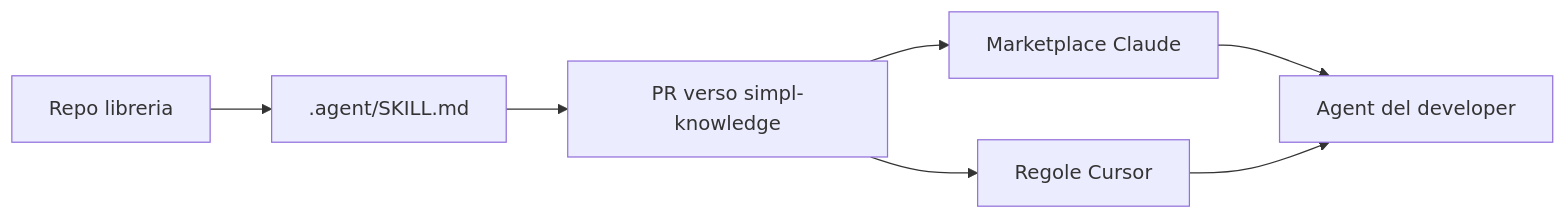
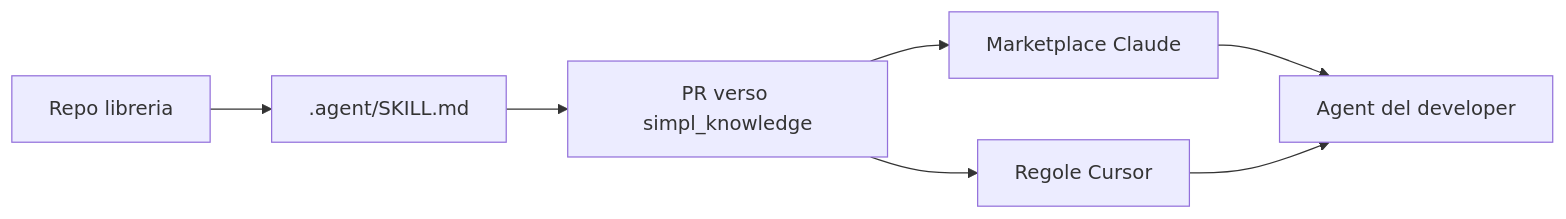
Before and after one commit to simpl-techs/simpl_knowledge: the diagram in README.md, drawn with Mermaid. The commit also changed other lines of this file and 47 other files, not shown here.

````diff
--- a/README.md
+++ b/README.md
@@ -22,9 +22,9 @@
 ```mermaid
 flowchart LR
   libraryRepo[Repo libreria] --> skillFile[.agent/SKILL.md]
-  skillFile --> syncPr[PR verso simpl-knowledge]
+  skillFile --> syncPr[PR verso simpl_knowledge]
   syncPr --> marketplace[Marketplace Claude]
   syncPr --> cursorRules[Regole Cursor]
   marketplace --> devAgent[Agent del developer]
   cursorRules --> devAgent
 ```
````
